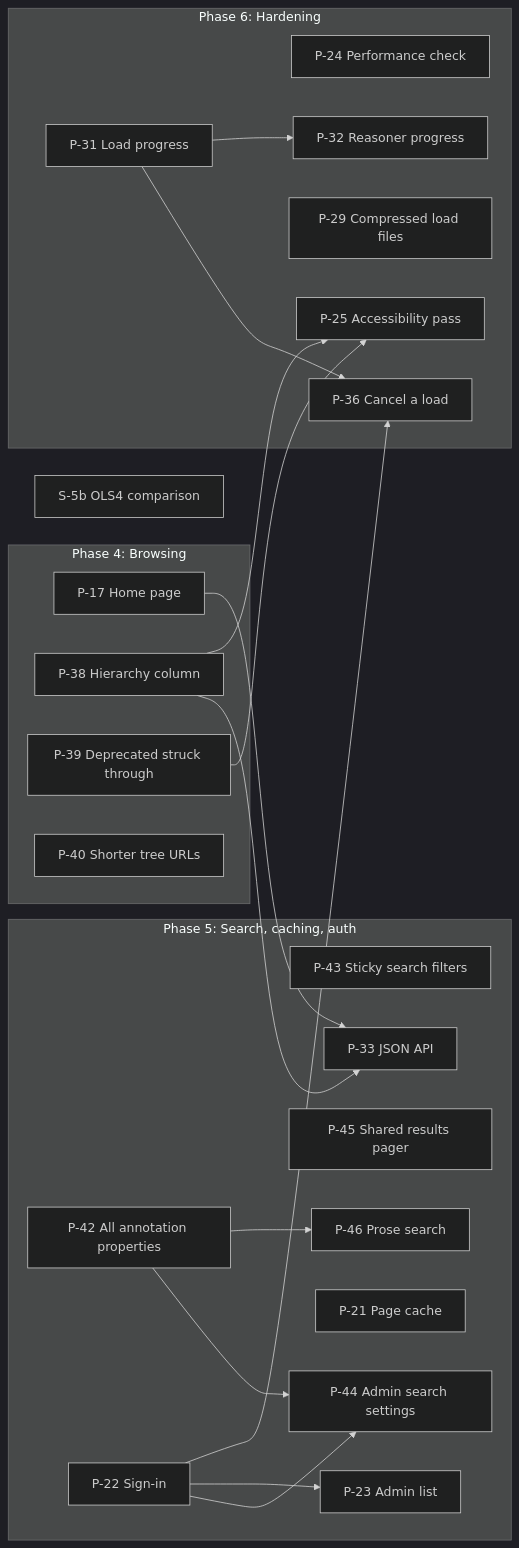
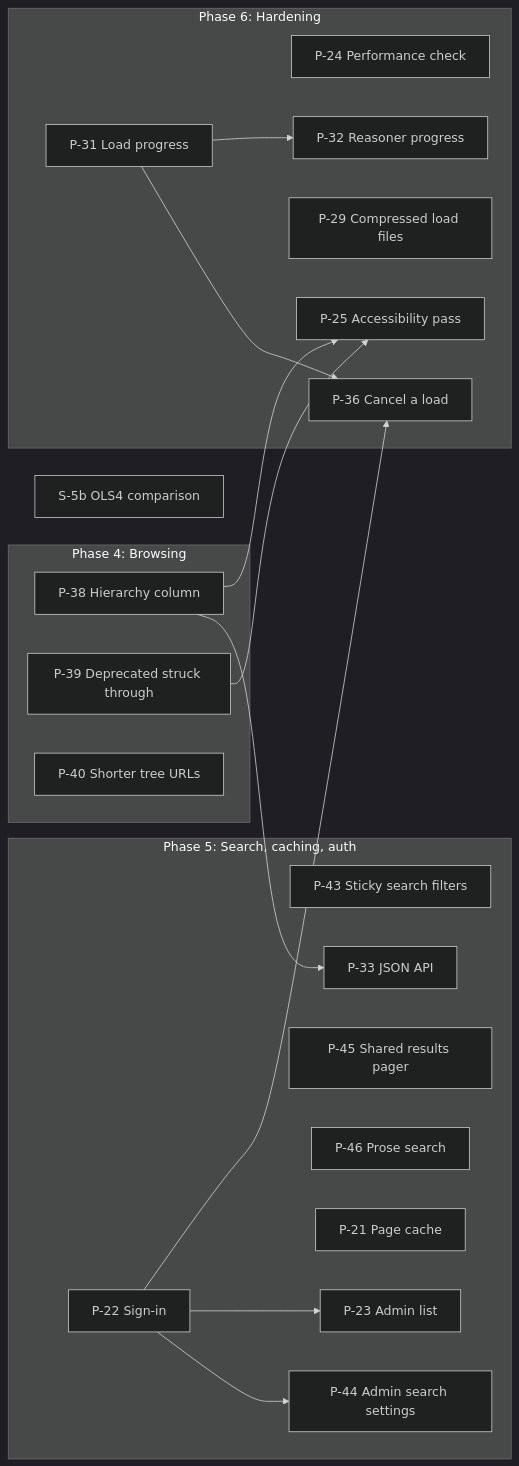
The diagram in docs/DESIGN.md (jclerman/browl), drawn with Mermaid (dark theme) before and after one commit. The commit also changed other lines of this file and 34 other files, not shown here.

````diff
--- a/docs/DESIGN.md
+++ b/docs/DESIGN.md
@@ -1911,37 +1966,34 @@
 ```mermaid
 flowchart LR
     subgraph P4["Phase 4: Browsing"]
-        P17["P-17 Home page"]
         P38["P-38 Hierarchy column"]
         P39["P-39 Deprecated struck through"]
         P40["P-40 Shorter tree URLs"]
     end
     subgraph P5["Phase 5: Search, caching, auth"]
-        P42["P-42 All annotation properties"]
         P43["P-43 Sticky search filters"]
         P44["P-44 Admin search settings"]
         P45["P-45 Shared results pager"]
         P46["P-46 Prose search"]
         P21["P-21 Page cache"]
         P22["P-22 Sign-in"]
         P23["P-23 Admin list"]
         P33["P-33 JSON API"]
     end
     subgraph P6["Phase 6: Hardening"]
         P24["P-24 Performance check"]
         P25["P-25 Accessibility pass"]
         P29["P-29 Compressed load files"]
         P31["P-31 Load progress"]
         P32["P-32 Reasoner progress"]
         P36["P-36 Cancel a load"]
     end
     S5b["S-5b OLS4 comparison"]
 
-    P17 & P38 --> P33
+    P38 --> P33
     P38 & P39 --> P25
-    P22 & P42 --> P44
-    P42 --> P46
+    P22 --> P44
     P22 --> P23
     P22 & P31 --> P36
     P31 --> P32
 ```
````
